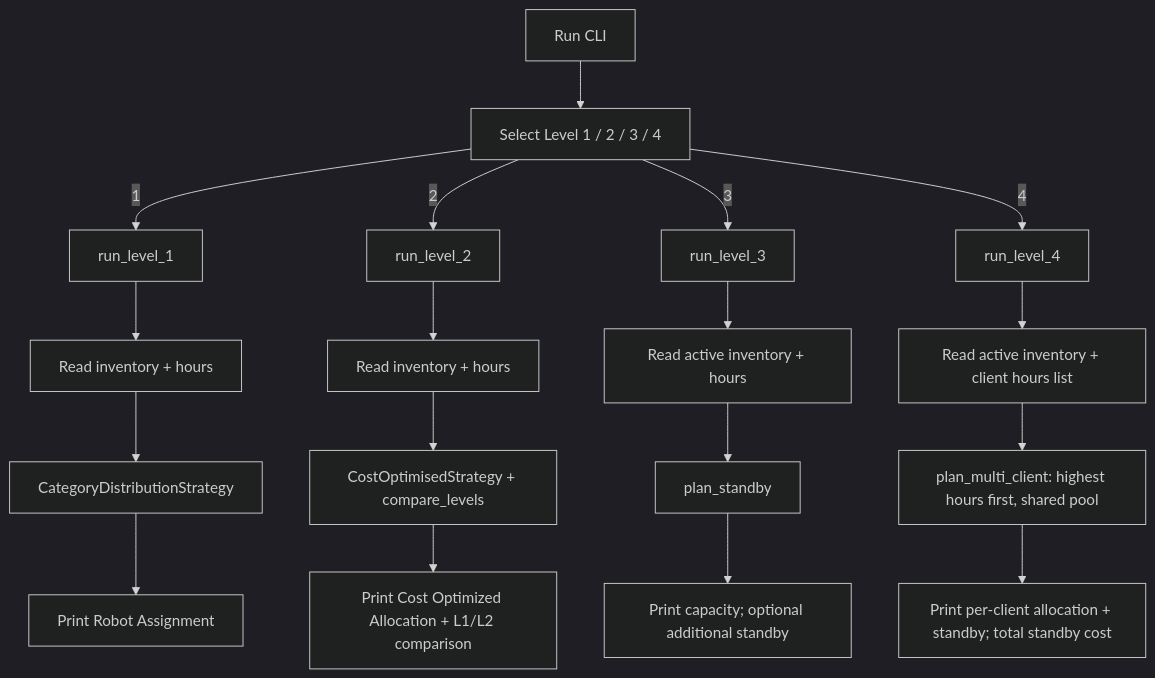
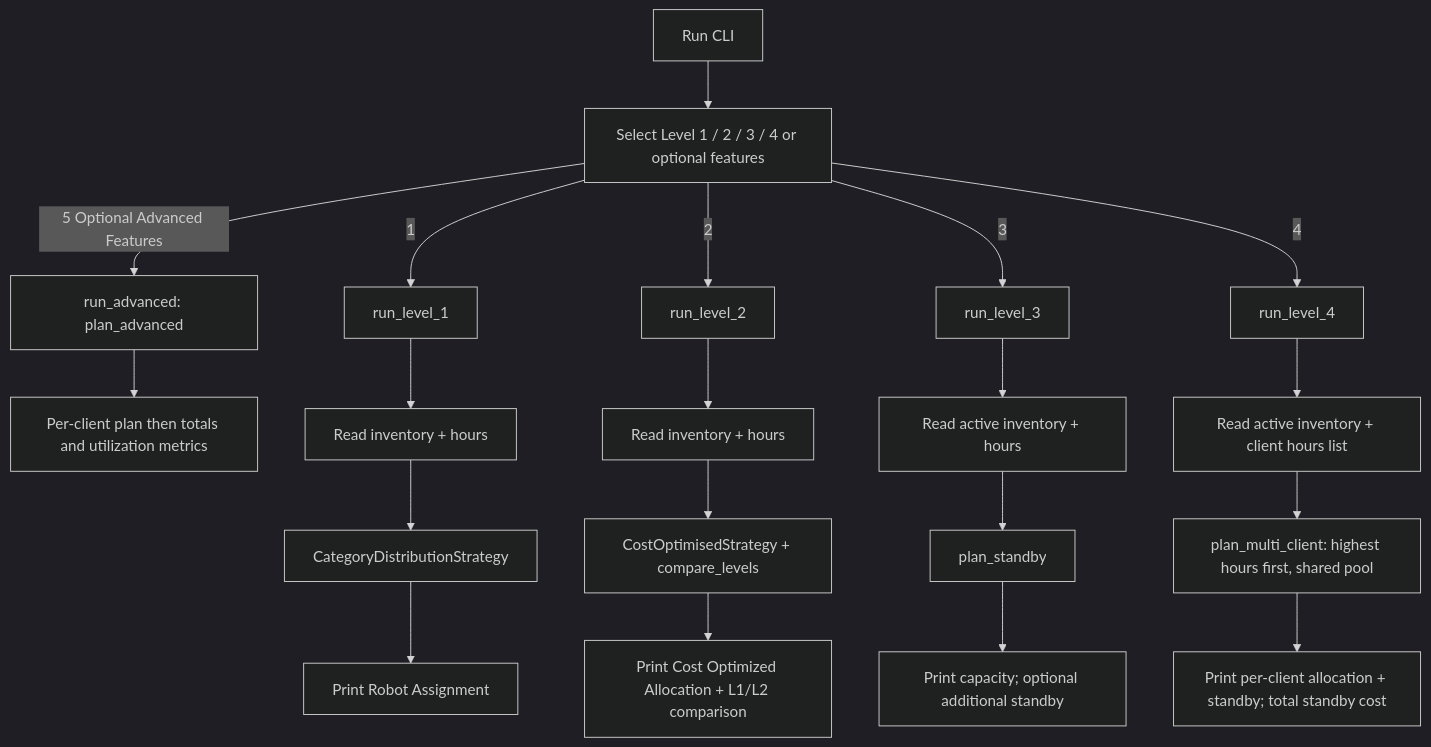
Before and after one commit to harvoline/RoWAS: the diagram in app-workflow.md, drawn with Mermaid (dark theme). The commit also changed other lines of this file and 11 other files, not shown here.

Commit message:
Add optional advanced allocation reporting

````diff
--- a/app-workflow.md
+++ b/app-workflow.md
@@ -10,20 +12,22 @@
 ```mermaid
 flowchart TD
-    A[Run CLI] --> M[Select Level 1 / 2 / 3 / 4]
+    A[Run CLI] --> M[Select Level 1 / 2 / 3 / 4 or optional features]
     M -->|1| L1[run_level_1]
     M -->|2| L2[run_level_2]
     M -->|3| L3[run_level_3]
     M -->|4| L4[run_level_4]
+    M -->|5 Optional Advanced Features| A5[run_advanced: plan_advanced]
+    A5 --> O5[Per-client plan then totals and utilization metrics]
     L1 --> I1[Read inventory + hours]
     I1 --> A1[CategoryDistributionStrategy]
     A1 --> O1[Print Robot Assignment]
     L2 --> I2[Read inventory + hours]
     I2 --> A2[CostOptimisedStrategy + compare_levels]
     A2 --> O2[Print Cost Optimized Allocation + L1/L2 comparison]
     L3 --> I3[Read active inventory + hours]
     I3 --> A3[plan_standby]
     A3 --> O3[Print capacity; optional additional standby]
     L4 --> I4[Read active inventory + client hours list]
     I4 --> A4[plan_multi_client: highest hours first, shared pool]
     A4 --> O4[Print per-client allocation + standby; total standby cost]
 ```
````
